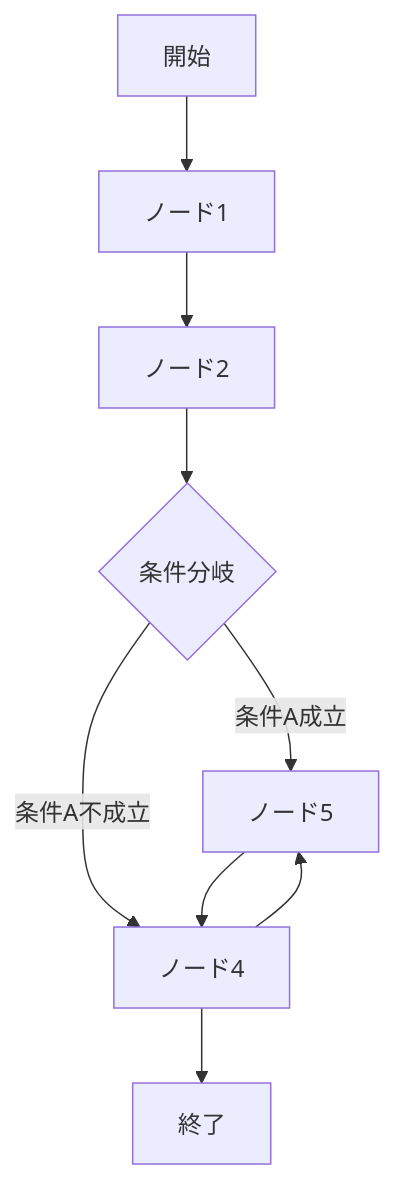
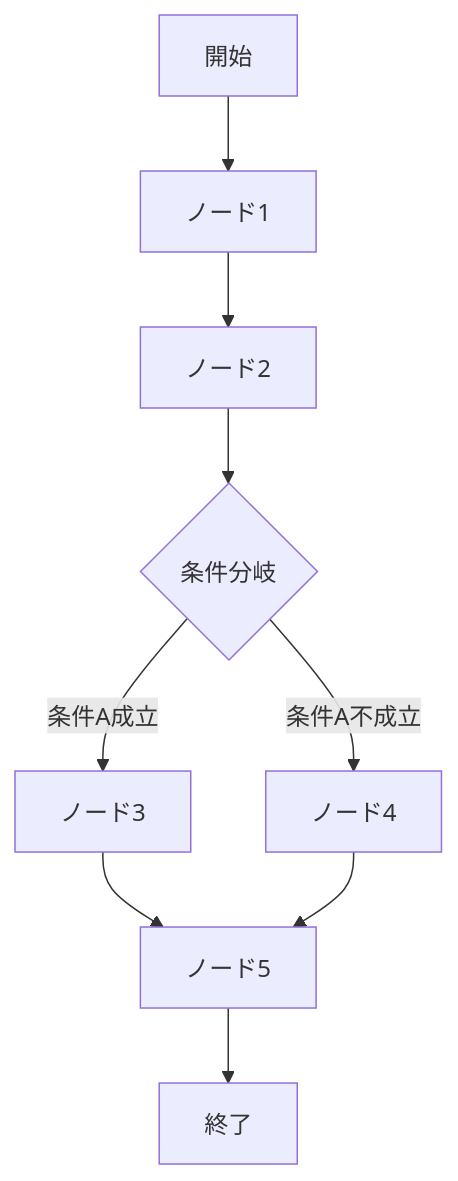
One commit to tpu-game-2023/mermaid_test changed the first of 3 diagrams in README.md. Above: the diagram before and after it, drawn with Mermaid.

````diff
--- a/README.md
+++ b/README.md
@@ -20,12 +20,12 @@
 ```mermaid
 flowchart TD;
 A[開始] --> B[ノード1]
 B --> C[ノード2]
 C --> D{条件分岐}
 D --> |条件A成立| E[ノード3]
 D --> |条件A不成立| F[ノード4]
-F --> E[ノード5]
-E --> F
-F --> G[終了]
+E --> G[ノード5]
+F --> G
+G --> H[終了]
 
 ```
````
